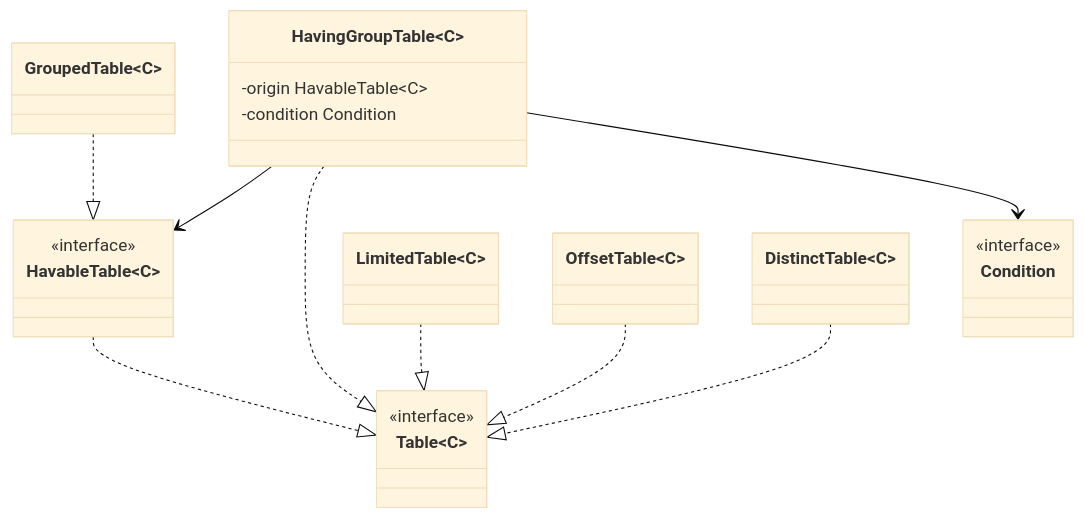
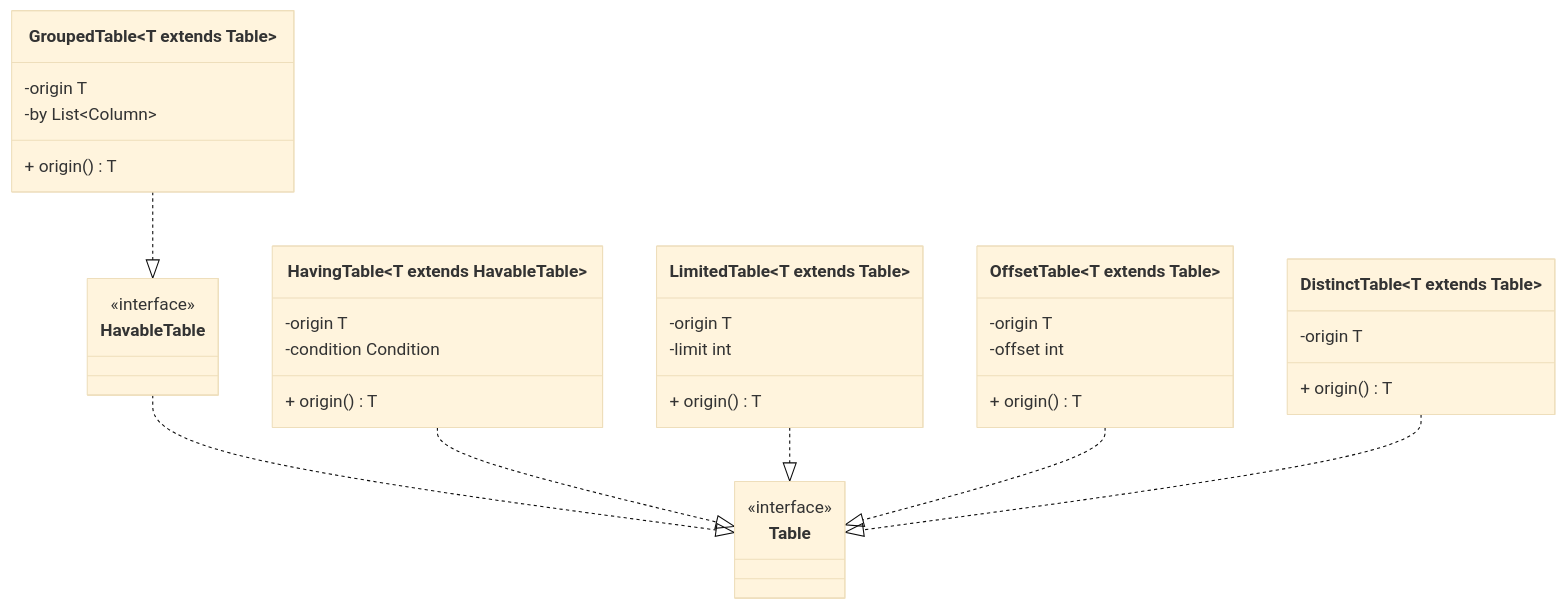
One commit to safarislava/QueryBricks changed the fourth of 10 diagrams in docs/domain.md. Above: the diagram before and after it, drawn with Mermaid (base theme). The commit also changed other lines of this file, not shown here.

Commit message:
docs: Remove schema

````diff
--- a/docs/domain.md
+++ b/docs/domain.md
@@ -79,35 +74,45 @@
 ```mermaid
 classDiagram
-    class Table~C~ {
+    class Table {
         <<interface>>
     }
 
-    class Condition {
-        <<interface>>
-    }
-
-    class HavableTable~C~ {
+    class HavableTable {
         <<interface>>
     }
     HavableTable ..|> Table
 
-    class GroupedTable~C~
+    class GroupedTable~T extends Table~ {
+        -origin T
+        -by List~Column~
+        + origin() T
+    }
     GroupedTable ..|> HavableTable
 
-    class HavingGroupTable~C~ {
-        -origin HavableTable~C~
+    class HavingTable~T extends HavableTable~ {
+        -origin T
         -condition Condition
+        + origin() T
     }
-    HavingGroupTable --> HavableTable
-    HavingGroupTable ..|> Table
-    HavingGroupTable --> Condition
+    HavingTable ..|> Table
 
-    class LimitedTable~C~
+    class LimitedTable~T extends Table~ {
+        -origin T
+        -limit int
+        + origin() T
+    }
     LimitedTable ..|> Table
 
-    class OffsetTable~C~
+    class OffsetTable~T extends Table~ {
+        -origin T
+        -offset int
+        + origin() T
+    }
     OffsetTable ..|> Table
 
-    class DistinctTable~C~
+    class DistinctTable~T extends Table~ {
+        -origin T
+        + origin() T
+    }
     DistinctTable ..|> Table
 ```
````
